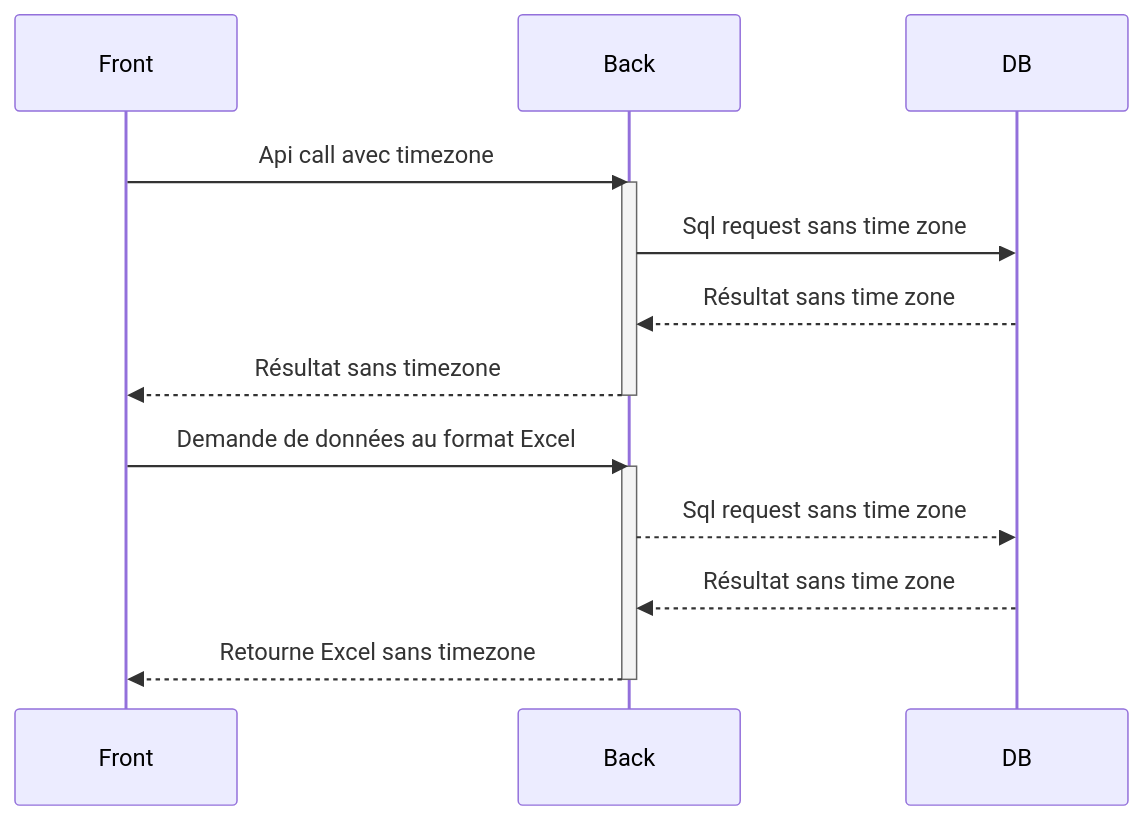
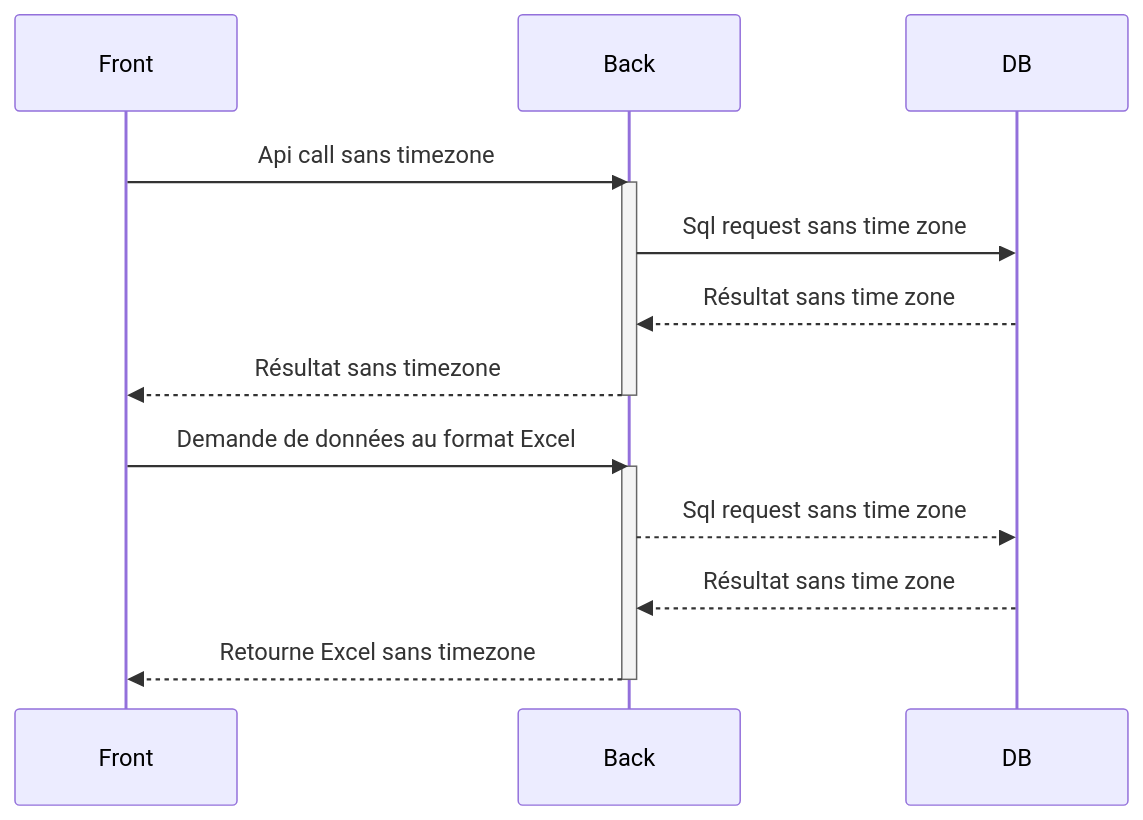
The second of 2 diagrams in exemples/Harmoniser la façon de gérer les timezones.md (ELToulemonde/adr-template), drawn with Mermaid before and after one commit.

````diff
--- a/exemples/Harmoniser la façon de gérer les timezones.md
+++ b/exemples/Harmoniser la façon de gérer les timezones.md
@@ -80,16 +80,16 @@
 ```mermaid
 sequenceDiagram
-    Front ->> Back: Api call avec timezone
+    Front ->> Back: Api call sans timezone
     activate Back
     Back ->> DB: Sql request sans time zone
     DB -->> Back: Résultat sans time zone
     Back -->> Front: Résultat sans timezone
     deactivate Back
 
     Front ->> Back: Demande de données au format Excel
     activate Back
     Back -->> DB: Sql request sans time zone
     DB -->> Back: Résultat sans time zone
     Back -->> Front: Retourne Excel sans timezone
     deactivate Back
 ```
````
